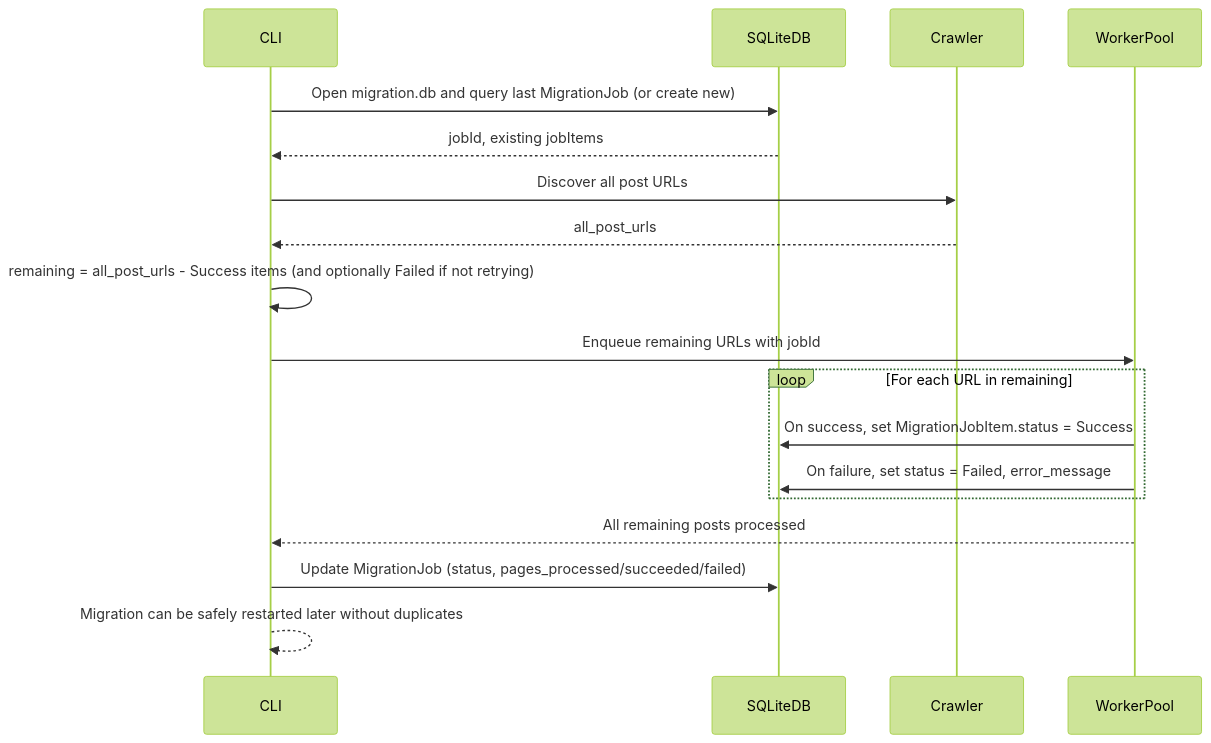
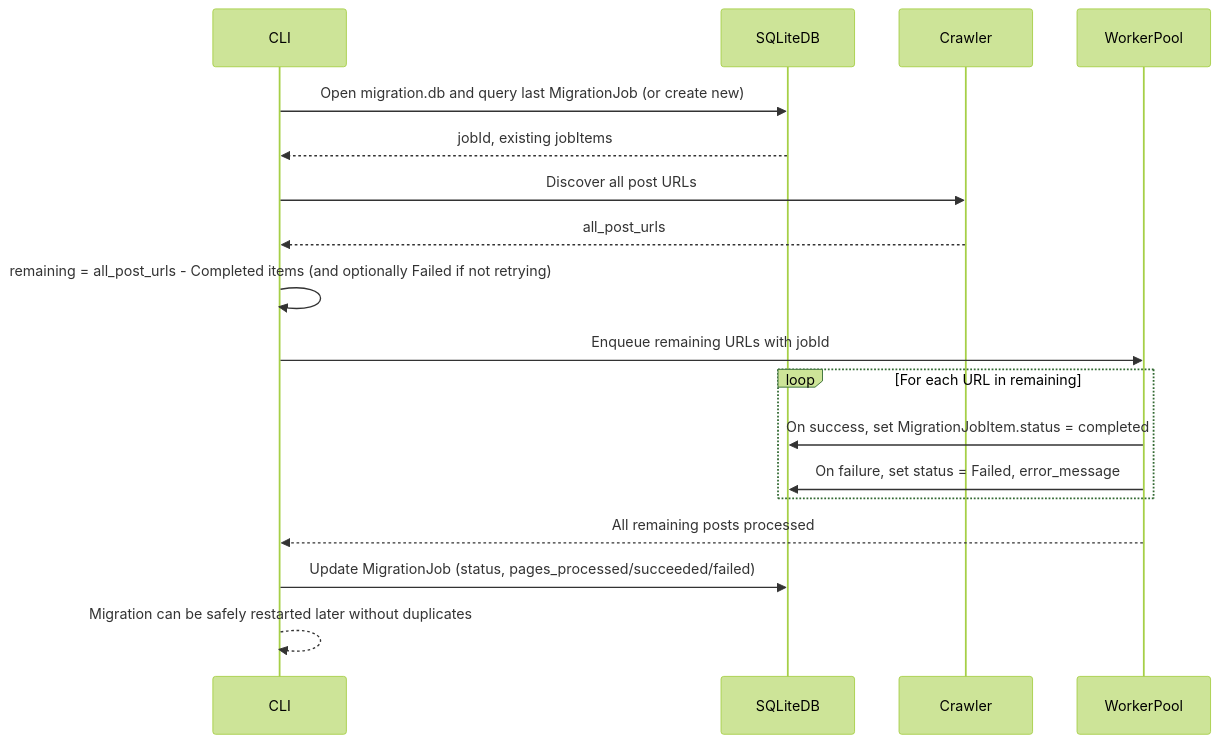
The fifth of 5 diagrams in specs/005-tistory-wp-rest/sequence-diagram.md (ramen4598/Tistory2WordPress), drawn with Mermaid (forest theme) before and after one commit. The commit also changed other lines of this file and 5 other files, not shown here.

Commit message:
docs: Job item 상태를 'Success'에서 'Completed'로 변경 및 관련 문서 업데이트

````diff
--- a/specs/005-tistory-wp-rest/sequence-diagram.md
+++ b/specs/005-tistory-wp-rest/sequence-diagram.md
@@ -258,25 +258,25 @@
 ```mermaid
 sequenceDiagram
     participant CLI
     participant DB as SQLiteDB
     participant Crawler
     participant WorkerPool
 
     CLI->>DB: Open migration.db and query last MigrationJob (or create new)
     DB-->>CLI: jobId, existing jobItems
 
     CLI->>Crawler: Discover all post URLs
     Crawler-->>CLI: all_post_urls
 
-    CLI->>CLI: remaining = all_post_urls - Success items (and optionally Failed if not retrying)
+    CLI->>CLI: remaining = all_post_urls - Completed items (and optionally Failed if not retrying)
     CLI->>WorkerPool: Enqueue remaining URLs with jobId
 
     loop For each URL in remaining
-        WorkerPool->>DB: On success, set MigrationJobItem.status = Success
+        WorkerPool->>DB: On success, set MigrationJobItem.status = completed
         WorkerPool->>DB: On failure, set status = Failed, error_message
     end
 
     WorkerPool-->>CLI: All remaining posts processed
     CLI->>DB: Update MigrationJob (status, pages_processed/succeeded/failed)
     CLI-->>CLI: Migration can be safely restarted later without duplicates
 ```
````
